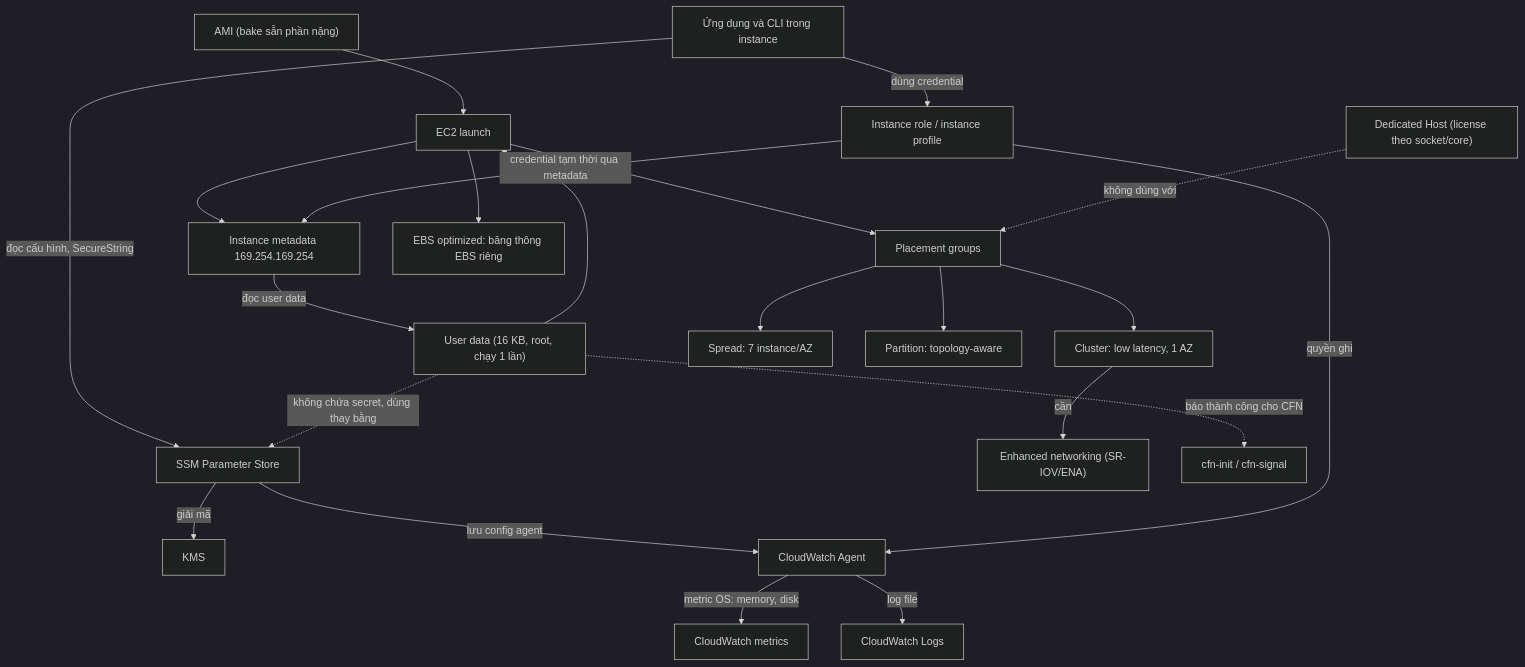
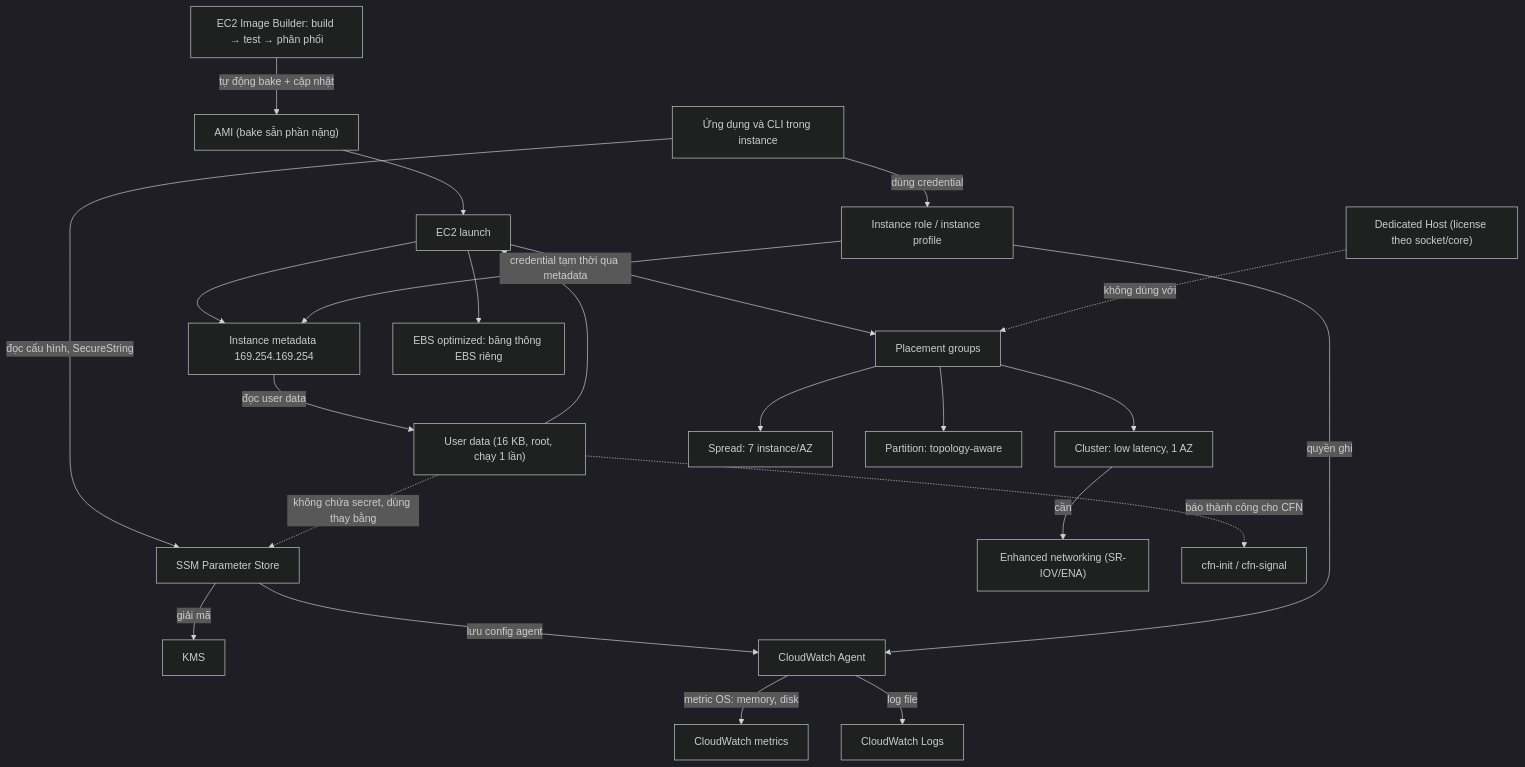
Before and after one commit to hairbui76/aws-saa-c03: the diagram in data/09 Advanced EC2/_MOC 09 Advanced EC2.md, drawn with Mermaid (dark theme). The commit also changed other lines of this file and 44 other files, not shown here.

````diff
--- a/data/09 Advanced EC2/_MOC 09 Advanced EC2.md
+++ b/data/09 Advanced EC2/_MOC 09 Advanced EC2.md
@@ -21,24 +22,25 @@
 ```mermaid
 flowchart TB
   AMI["AMI (bake sẵn phần nặng)"] --> LAUNCH["EC2 launch"]
+  IB["EC2 Image Builder: build → test → phân phối"] -->|"tự động bake + cập nhật"| AMI
   UD["User data (16 KB, root, chạy 1 lần)"] --> LAUNCH
   LAUNCH --> MD["Instance metadata 169.254.169.254"]
   MD -->|"đọc user data"| UD
   ROLE["Instance role / instance profile"] -->|"credential tạm thời qua metadata"| MD
   APP["Ứng dụng và CLI trong instance"] -->|"dùng credential"| ROLE
   APP -->|"đọc cấu hình, SecureString"| PS["SSM Parameter Store"]
   PS -->|"giải mã"| KMS["KMS"]
   PS -->|"lưu config agent"| CWA["CloudWatch Agent"]
   CWA -->|"metric OS: memory, disk"| CW["CloudWatch metrics"]
   CWA -->|"log file"| CWL["CloudWatch Logs"]
   ROLE -->|"quyền ghi"| CWA
   UD -.->|"không chứa secret, dùng thay bằng"| PS
   LAUNCH --> PG["Placement groups"]
   PG --> CL["Cluster: low latency, 1 AZ"]
   PG --> SP["Spread: 7 instance/AZ"]
   PG --> PA["Partition: topology-aware"]
   CL -->|"cần"| EN["Enhanced networking (SR-IOV/ENA)"]
   LAUNCH --> EBSO["EBS optimized: băng thông EBS riêng"]
   DH["Dedicated Host (license theo socket/core)"] -.->|"không dùng với"| PG
   UD -.->|"báo thành công cho CFN"| CFN["cfn-init / cfn-signal"]
 ```
````
